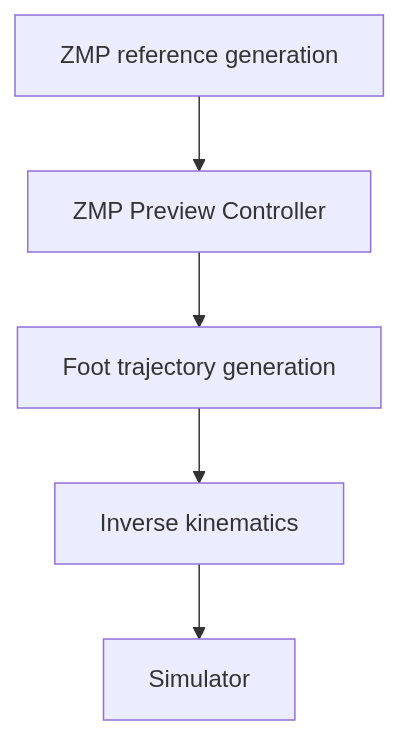
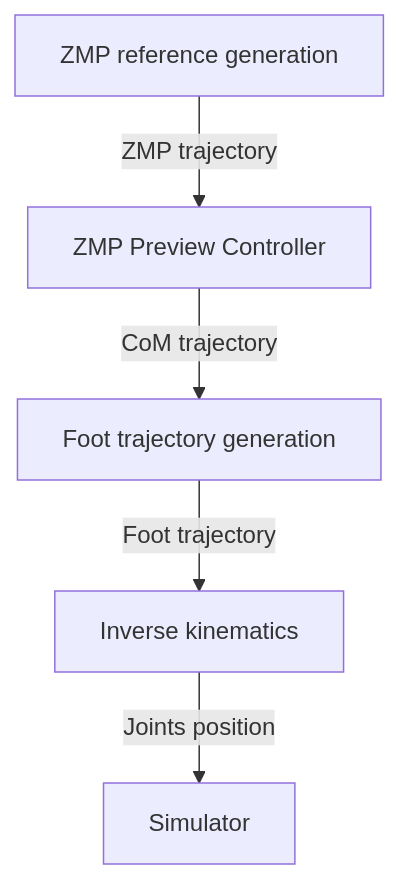
Before and after one commit to rdesarz/lipm-walking-controller: the diagram in docs/index.md, drawn with Mermaid. The commit also changed 1 other file, not shown here.

Commit message:
Update simulation module

````diff
--- a/docs/index.md
+++ b/docs/index.md
@@ -27,10 +27,10 @@
 ```mermaid
 flowchart TD
     zmp_ref["ZMP reference generation"]
     zmp_preview["ZMP Preview Controller"] 
     foot["Foot trajectory generation"]
     foot["Foot trajectory generation"]
     inverse_kin["Inverse kinematics"]
     sim["Simulator"]
-    zmp_ref --> zmp_preview --> foot --> inverse_kin --> sim
+    zmp_ref -->|"ZMP trajectory"| zmp_preview -->|"CoM trajectory"| foot -->|"Foot trajectory"| inverse_kin -->|"Joints position"| sim
 ```
````
